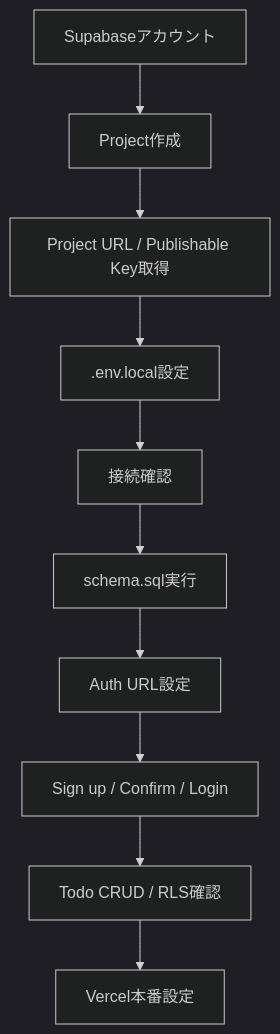
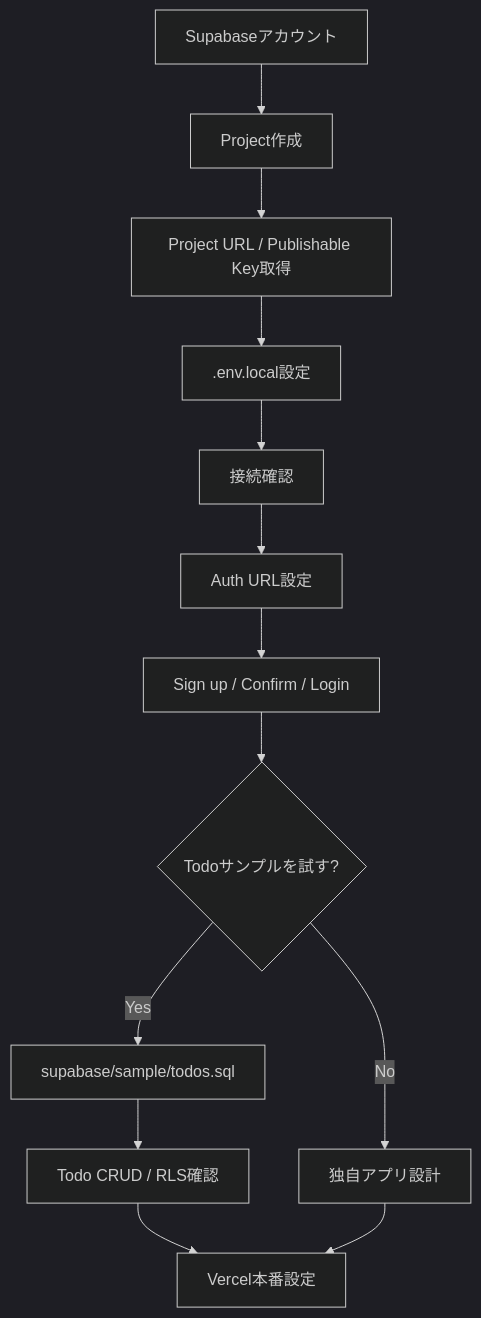
One commit to k-systems202208/nextjs-supabase-vercel-webapp-template changed the first of 6 diagrams in docs/SUPABASE-SETUP.md. Above: the diagram before and after it, drawn with Mermaid (dark theme). The commit also changed other lines of this file and 15 other files, not shown here.

````diff
--- a/docs/SUPABASE-SETUP.md
+++ b/docs/SUPABASE-SETUP.md
@@ -15,12 +9,15 @@
 ```mermaid
 flowchart TD
     A["Supabaseアカウント"] --> B["Project作成"]
     B --> C["Project URL / Publishable Key取得"]
     C --> D[".env.local設定"]
     D --> E["接続確認"]
-    E --> F["schema.sql実行"]
-    F --> G["Auth URL設定"]
-    G --> H["Sign up / Confirm / Login"]
-    H --> I["Todo CRUD / RLS確認"]
-    I --> J["Vercel本番設定"]
+    E --> F["Auth URL設定"]
+    F --> G["Sign up / Confirm / Login"]
+    G --> H{"Todoサンプルを試す?"}
+    H -->|Yes| I["supabase/sample/todos.sql"]
+    I --> J["Todo CRUD / RLS確認"]
+    H -->|No| K["独自アプリ設計"]
+    J --> L["Vercel本番設定"]
+    K --> L
 ```
````
